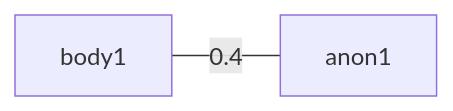
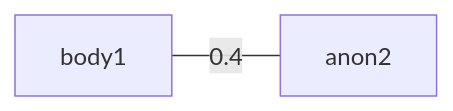
The eighth of 34 diagrams in test/test-graphs.md (ros4hri/hri_person_manager), drawn with Mermaid before and after one commit. The commit also changed other lines of this file and 3 other files, not shown here.

````diff
--- a/test/test-graphs.md
+++ b/test/test-graphs.md
@@ -103,5 +104,5 @@
 ``` mermaid
 graph LR
 
-body1 ---|0.4| anon1
+body1 ---|0.4| anon2
 ```
````
